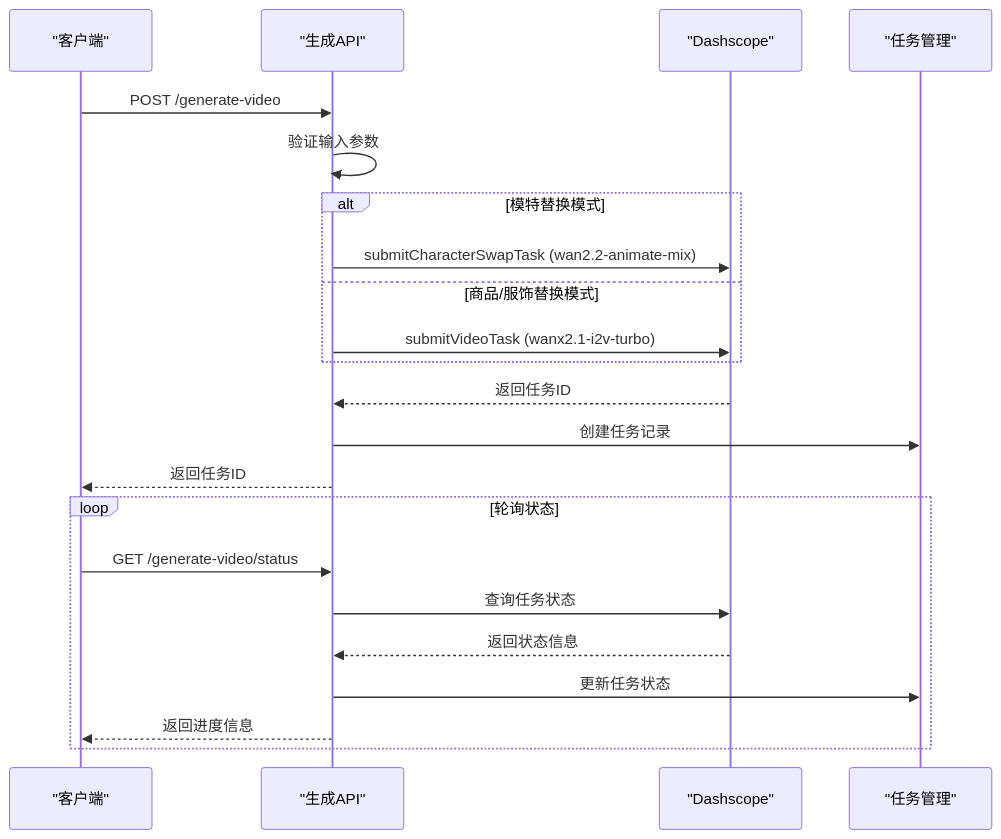
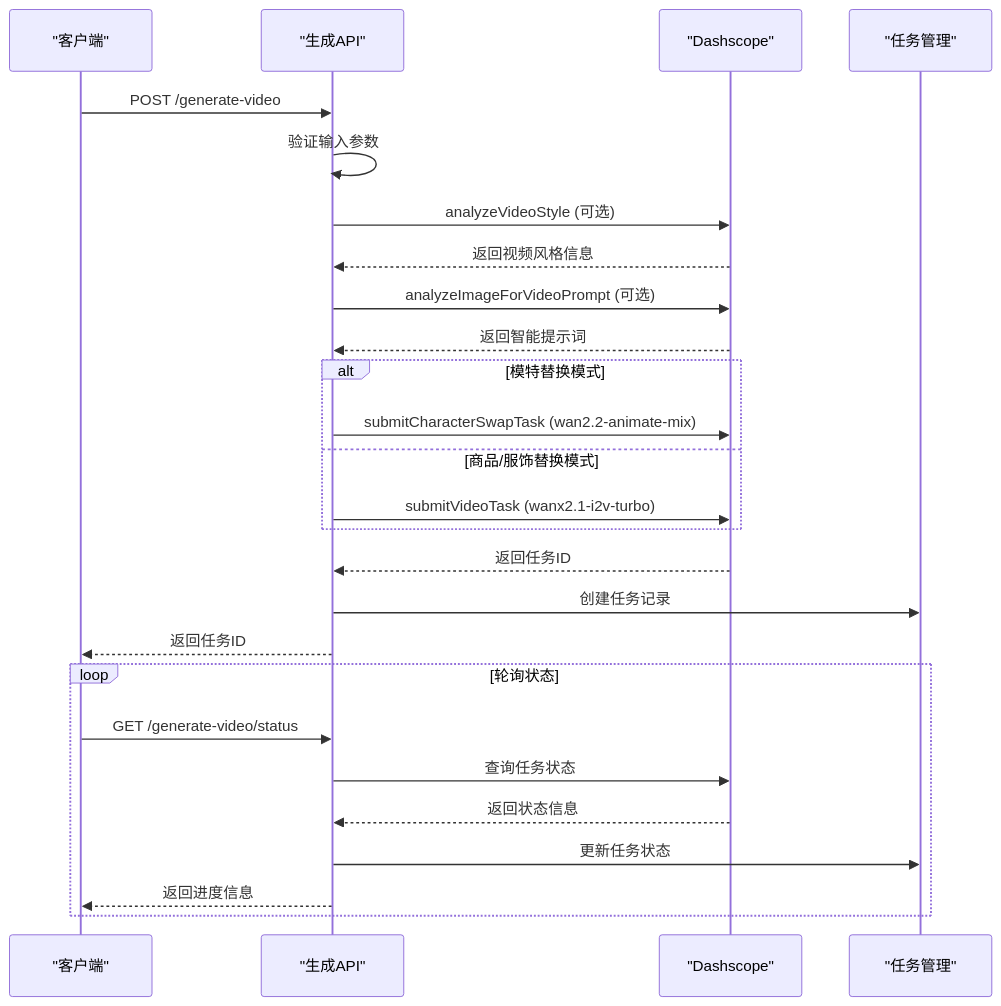
The third of 8 diagrams in .qoder/repowiki/zh/content/Dashscope Integration.md (zuozuoliu740-cmd/xianxiong-news), drawn with Mermaid before and after one commit. The commit also changed other lines of this file and 20 other files, not shown here.

````diff
--- a/.qoder/repowiki/zh/content/Dashscope Integration.md
+++ b/.qoder/repowiki/zh/content/Dashscope Integration.md
@@ -200,24 +216,28 @@
 ```mermaid
 sequenceDiagram
 participant Client as "客户端"
 participant API as "生成API"
 participant DS as "Dashscope"
 participant Task as "任务管理"
 Client->>API : POST /generate-video
 API->>API : 验证输入参数
+API->>DS : analyzeVideoStyle (可选)
+DS-->>API : 返回视频风格信息
+API->>DS : analyzeImageForVideoPrompt (可选)
+DS-->>API : 返回智能提示词
 alt 模特替换模式
 API->>DS : submitCharacterSwapTask (wan2.2-animate-mix)
 else 商品/服饰替换模式
 API->>DS : submitVideoTask (wanx2.1-i2v-turbo)
 end
 DS-->>API : 返回任务ID
 API->>Task : 创建任务记录
 API-->>Client : 返回任务ID
 loop 轮询状态
 Client->>API : GET /generate-video/status
 API->>DS : 查询任务状态
 DS-->>API : 返回状态信息
 API->>Task : 更新任务状态
 API-->>Client : 返回进度信息
 end
 ```
````
